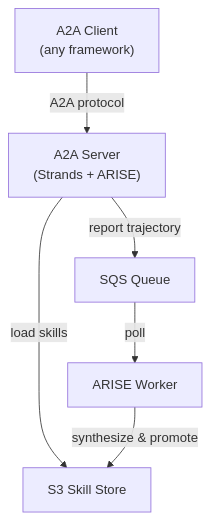
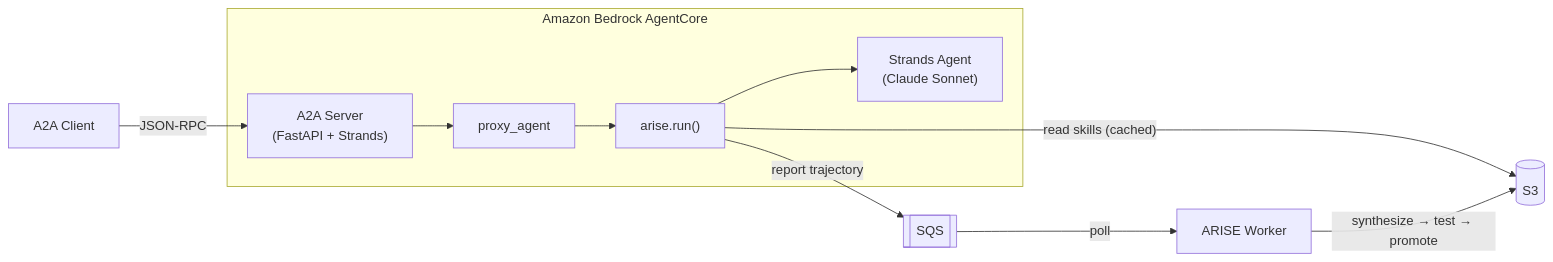
The diagram in demo/agentcore/README.md (pchaganti/ax-arise), drawn with Mermaid before and after one commit. The commit also changed other lines of this file, not shown here.

Commit message:
docs: rewrite demo README with invoke examples and test results

````diff
--- a/demo/agentcore/README.md
+++ b/demo/agentcore/README.md
@@ -12,8 +9,15 @@
 ```mermaid
-graph TD
-    Client["A2A Client\n(any framework)"] -->|A2A protocol| Server["A2A Server\n(Strands + ARISE)"]
-    Server -->|load skills| S3["S3 Skill Store"]
-    Server -->|report trajectory| SQS["SQS Queue"]
-    SQS -->|poll| W["ARISE Worker"]
-    W -->|synthesize & promote| S3
+flowchart LR
+    subgraph AgentCore["Amazon Bedrock AgentCore"]
+        A2A["A2A Server\n(FastAPI + Strands)"]
+        Proxy["proxy_agent"] --> ARISE["arise.run()"]
+        ARISE --> Strands["Strands Agent\n(Claude Sonnet)"]
+    end
+
+    Client["A2A Client"] -->|JSON-RPC| A2A
+    A2A --> Proxy
+    ARISE -->|"read skills (cached)"| S3[(S3)]
+    ARISE -->|"report trajectory"| SQS[[SQS]]
+    SQS -->|poll| Worker["ARISE Worker"]
+    Worker -->|"synthesize → test → promote"| S3
 ```
````
